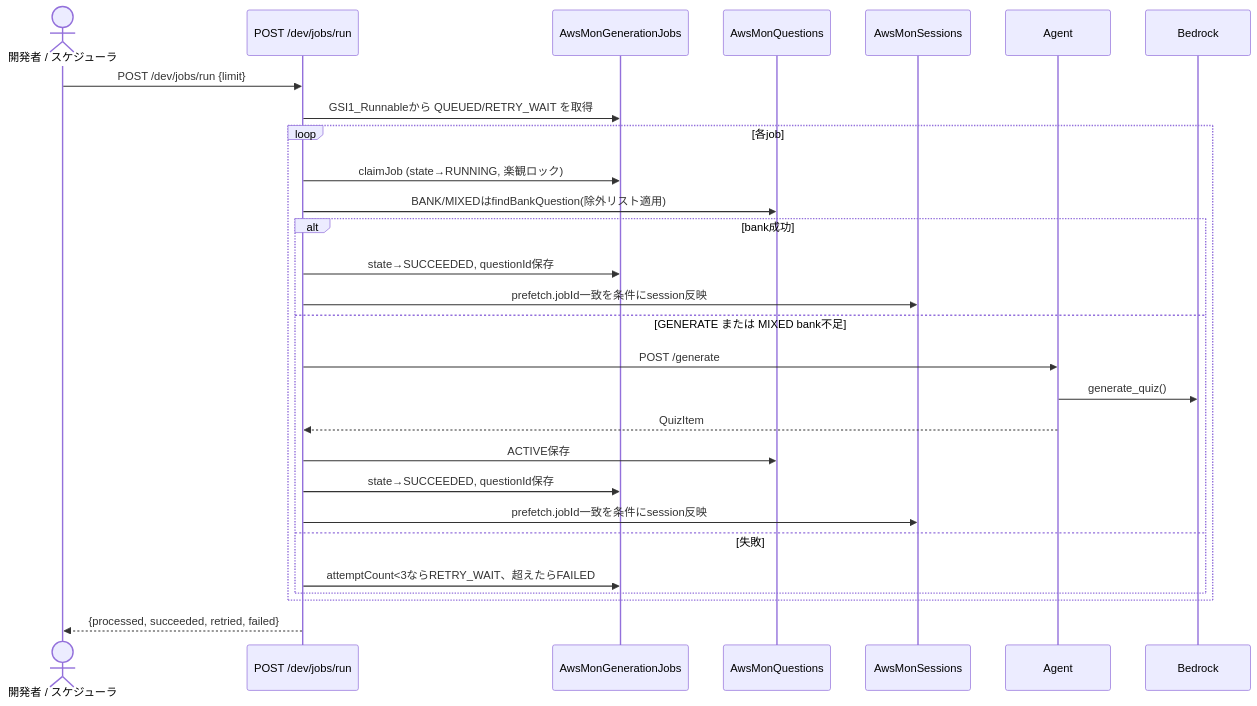
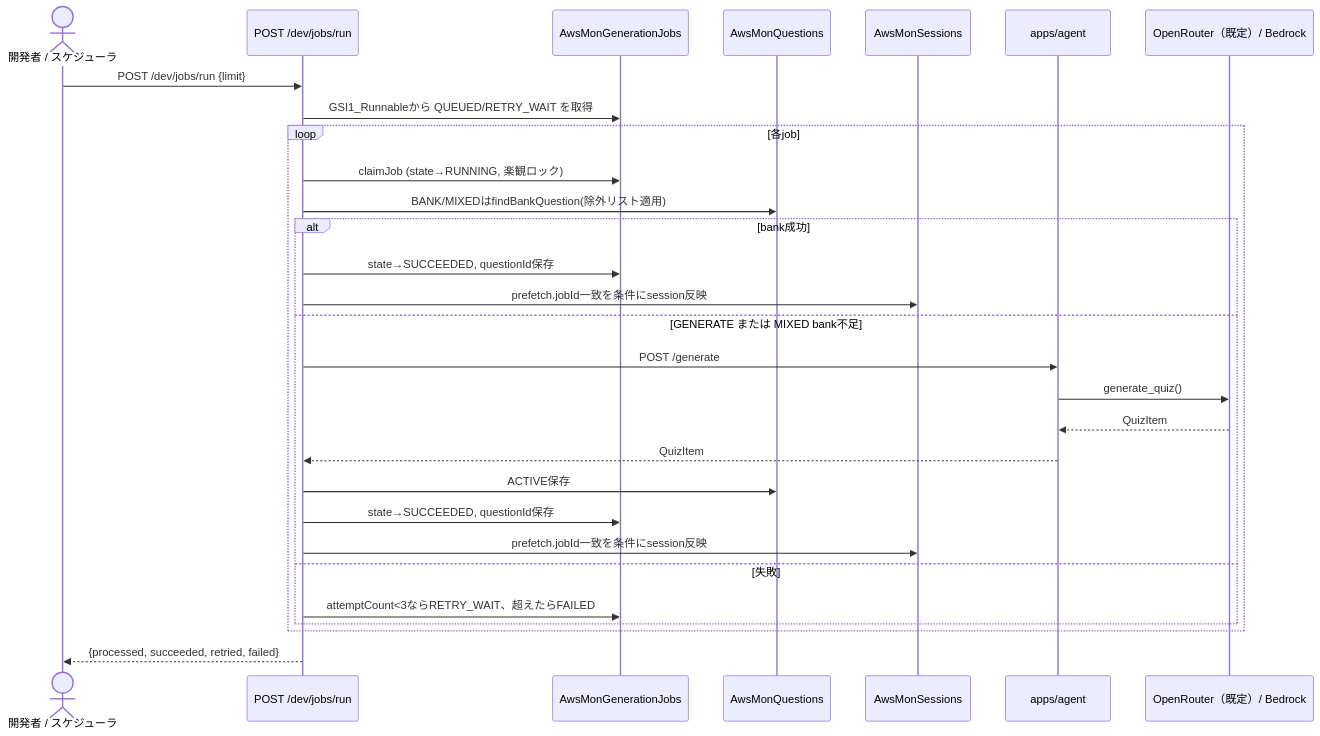
The fourth of 4 diagrams in docs/architecture.md (yuyumama/AWS-MON), drawn with Mermaid before and after one commit. The commit also changed other lines of this file and 12 other files, not shown here.

````diff
--- a/docs/architecture.md
+++ b/docs/architecture.md
@@ -149,29 +149,32 @@
 ```mermaid
 sequenceDiagram
     actor Dev as 開発者 / スケジューラ
     participant API as POST /dev/jobs/run
     participant J as AwsMonGenerationJobs
     participant Q as AwsMonQuestions
     participant S as AwsMonSessions
+    participant Agent as apps/agent
+    participant LLM as OpenRouter（既定）/ Bedrock
 
     Dev->>API: POST /dev/jobs/run {limit}
     API->>J: GSI1_Runnableから QUEUED/RETRY_WAIT を取得
     loop 各job
         API->>J: claimJob (state→RUNNING, 楽観ロック)
         API->>Q: BANK/MIXEDはfindBankQuestion(除外リスト適用)
         alt bank成功
             API->>J: state→SUCCEEDED, questionId保存
             API->>S: prefetch.jobId一致を条件にsession反映
         else GENERATE または MIXED bank不足
             API->>Agent: POST /generate
-            Agent->>Bedrock: generate_quiz()
+            Agent->>LLM: generate_quiz()
+            LLM-->>Agent: QuizItem
             Agent-->>API: QuizItem
             API->>Q: ACTIVE保存
             API->>J: state→SUCCEEDED, questionId保存
             API->>S: prefetch.jobId一致を条件にsession反映
         else 失敗
             API->>J: attemptCount<3ならRETRY_WAIT、超えたらFAILED
         end
     end
     API-->>Dev: {processed, succeeded, retried, failed}
 ```
````
